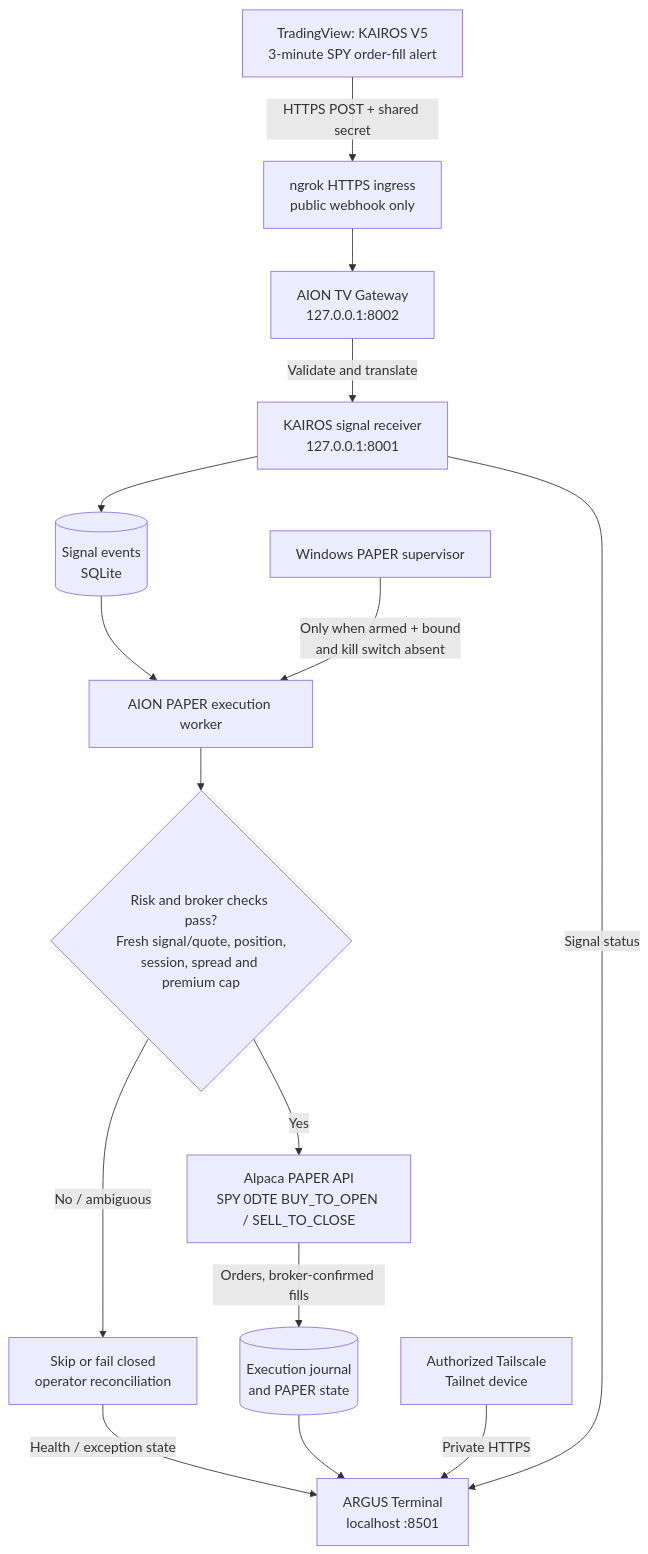
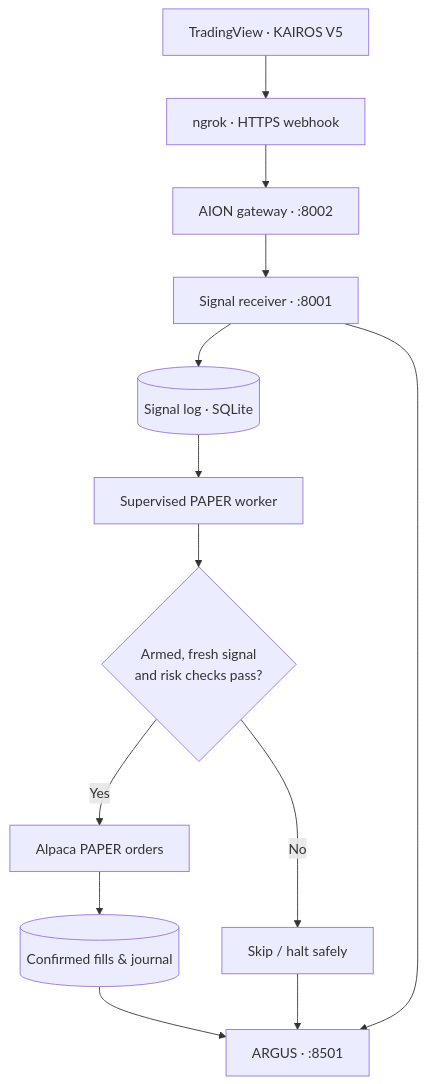
One commit to woi-6ix/AION-Algorthmic-Trading-Database_JXS changed the first of 2 diagrams in README.md. Above: the diagram before and after it, drawn with Mermaid. The commit also changed other lines of this file, not shown here.

Commit message:
Simplify ARGUS README while retaining features, security and execution workflows

````diff
--- a/README.md
+++ b/README.md
@@ -121,17 +31,15 @@
 ```mermaid
 flowchart TD
-    TV["TradingView: KAIROS V5<br/>3-minute SPY order-fill alert"] -->|"HTTPS POST + shared secret"| N["ngrok HTTPS ingress<br/>public webhook only"]
-    N --> GW["AION TV Gateway<br/>127.0.0.1:8002"]
-    GW -->|"Validate and translate"| RC["KAIROS signal receiver<br/>127.0.0.1:8001"]
-    RC --> DB[("Signal events<br/>SQLite")]
-    DB --> WRK["AION PAPER execution worker"]
-    SUP["Windows PAPER supervisor"] -->|"Only when armed + bound<br/>and kill switch absent"| WRK
-    WRK --> GATE{"Risk and broker checks pass?<br/>Fresh signal/quote, position,<br/>session, spread and premium cap"}
-    GATE -->|"No / ambiguous"| BLOCK["Skip or fail closed<br/>operator reconciliation"]
-    GATE -->|"Yes"| API["Alpaca PAPER API<br/>SPY 0DTE BUY_TO_OPEN / SELL_TO_CLOSE"]
-    API -->|"Orders, broker-confirmed fills"| JOURNAL[("Execution journal<br/>and PAPER state")]
-    JOURNAL --> DASH["ARGUS Terminal<br/>localhost :8501"]
-    RC -->|"Signal status"| DASH
-    BLOCK -->|"Health / exception state"| DASH
-    VPN["Authorized Tailscale<br/>Tailnet device"] -->|"Private HTTPS"| DASH
+    TV["TradingView · KAIROS V5"] --> NG["ngrok · HTTPS webhook"]
+    NG --> GW["AION gateway · :8002"]
+    GW --> SIG["Signal receiver · :8001"]
+    SIG --> DB[("Signal log · SQLite")]
+    DB --> W["Supervised PAPER worker"]
+    W --> R{"Armed, fresh signal<br/>and risk checks pass?"}
+    R -->|Yes| A["Alpaca PAPER orders"]
+    R -->|No| H["Skip / halt safely"]
+    A --> F[("Confirmed fills & journal")]
+    F --> D["ARGUS · :8501"]
+    SIG --> D
+    H --> D
 ```
````
